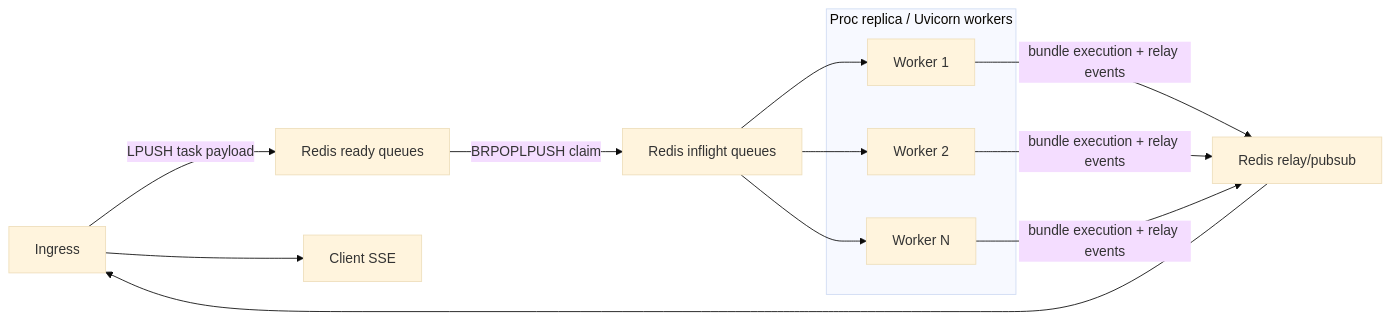
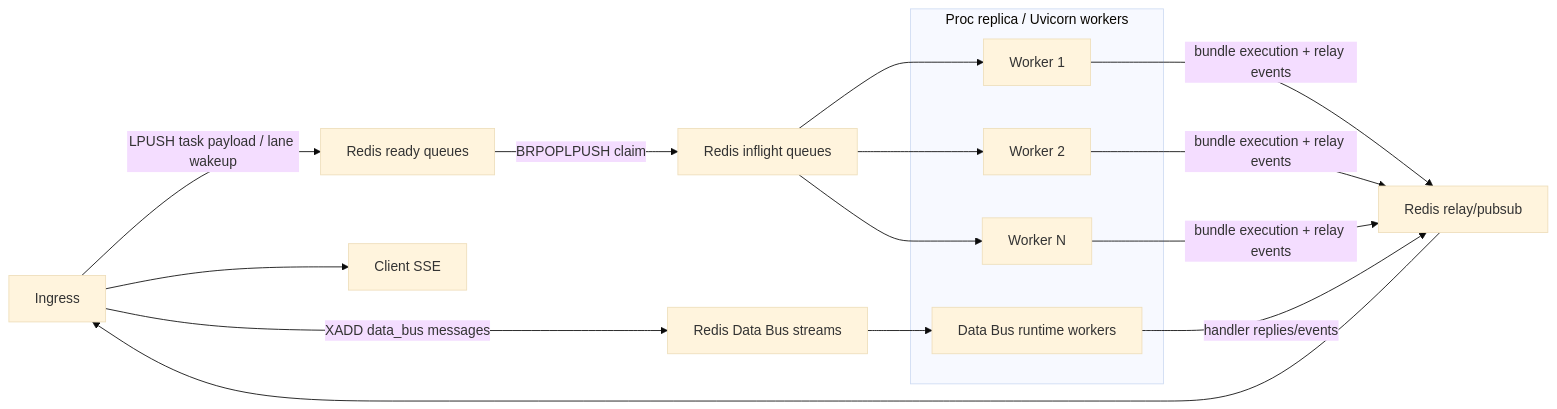
Before and after one commit to kdcube/kdcube-ai-app: the first of 3 diagrams in app/ai-app/docs/arch/proc/processor-arch-README.md, drawn with Mermaid (base theme). The commit also changed other lines of this file and 10 other files, not shown here.

Commit message:
docs: refresh proc ingress and data bus architecture

````diff
--- a/app/ai-app/docs/arch/proc/processor-arch-README.md
+++ b/app/ai-app/docs/arch/proc/processor-arch-README.md
@@ -64,22 +67,26 @@
 ```mermaid
 flowchart LR
-    INGRESS[Ingress] -->|LPUSH task payload| READY[Redis ready queues]
+    INGRESS[Ingress] -->|LPUSH task payload / lane wakeup| READY[Redis ready queues]
+    INGRESS -->|XADD data_bus messages| DBUS[Redis Data Bus streams]
     READY -->|BRPOPLPUSH claim| INFLIGHT[Redis inflight queues]
 
     subgraph PROC["Proc replica / Uvicorn workers"]
         W1[Worker 1]
         W2[Worker 2]
         WN[Worker N]
+        DBW[Data Bus runtime workers]
     end
 
     INFLIGHT --> W1
     INFLIGHT --> W2
     INFLIGHT --> WN
+    DBUS --> DBW
 
     W1 -->|bundle execution + relay events| RELAY[Redis relay/pubsub]
     W2 -->|bundle execution + relay events| RELAY
     WN -->|bundle execution + relay events| RELAY
+    DBW -->|handler replies/events| RELAY
 
     RELAY --> INGRESS
     INGRESS --> CLIENT[Client SSE]
 ```
````
